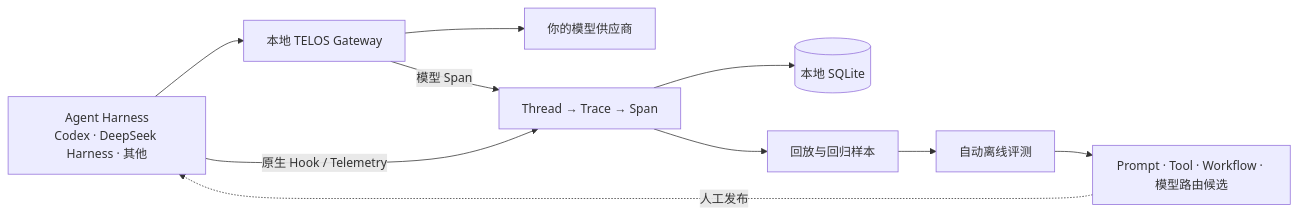
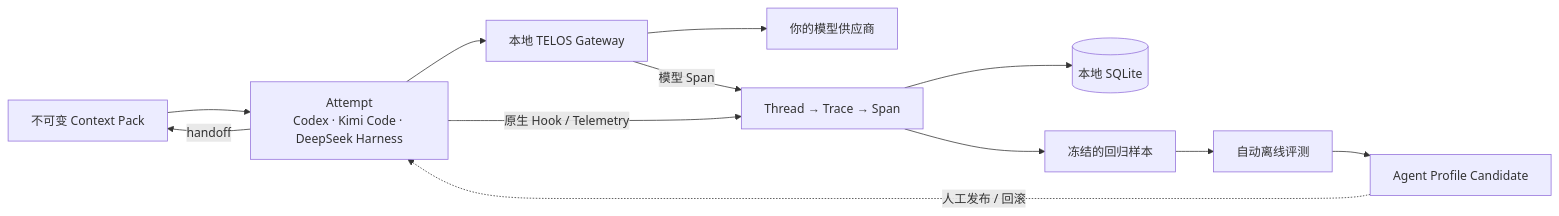
Before and after one commit to eryflow/telos-sdk: the diagram in README.zh-CN.md, drawn with Mermaid. The commit also changed other lines of this file and 32 other files, not shown here.

Commit message:
feat: add portable context handoff and evolution

````diff
--- a/README.zh-CN.md
+++ b/README.zh-CN.md
@@ -43,12 +43,14 @@
 ```mermaid
 flowchart LR
-    H["Agent Harness<br/>Codex · DeepSeek Harness · 其他"] --> G["本地 TELOS Gateway"]
+    C["不可变 Context Pack"] --> H["Attempt<br/>Codex · Kimi Code · DeepSeek Harness"]
+    H -->|"handoff"| C
+    H --> G["本地 TELOS Gateway"]
     G --> M["你的模型供应商"]
     H -->|"原生 Hook / Telemetry"| T["Thread → Trace → Span"]
     G -->|"模型 Span"| T
     T --> D[("本地 SQLite")]
-    T --> R["回放与回归样本"]
+    T --> R["冻结的回归样本"]
     R --> E["自动离线评测"]
-    E --> O["Prompt · Tool · Workflow · 模型路由候选"]
-    O -. "人工发布" .-> H
+    E --> O["Agent Profile Candidate"]
+    O -. "人工发布 / 回滚" .-> H
 ```
````
